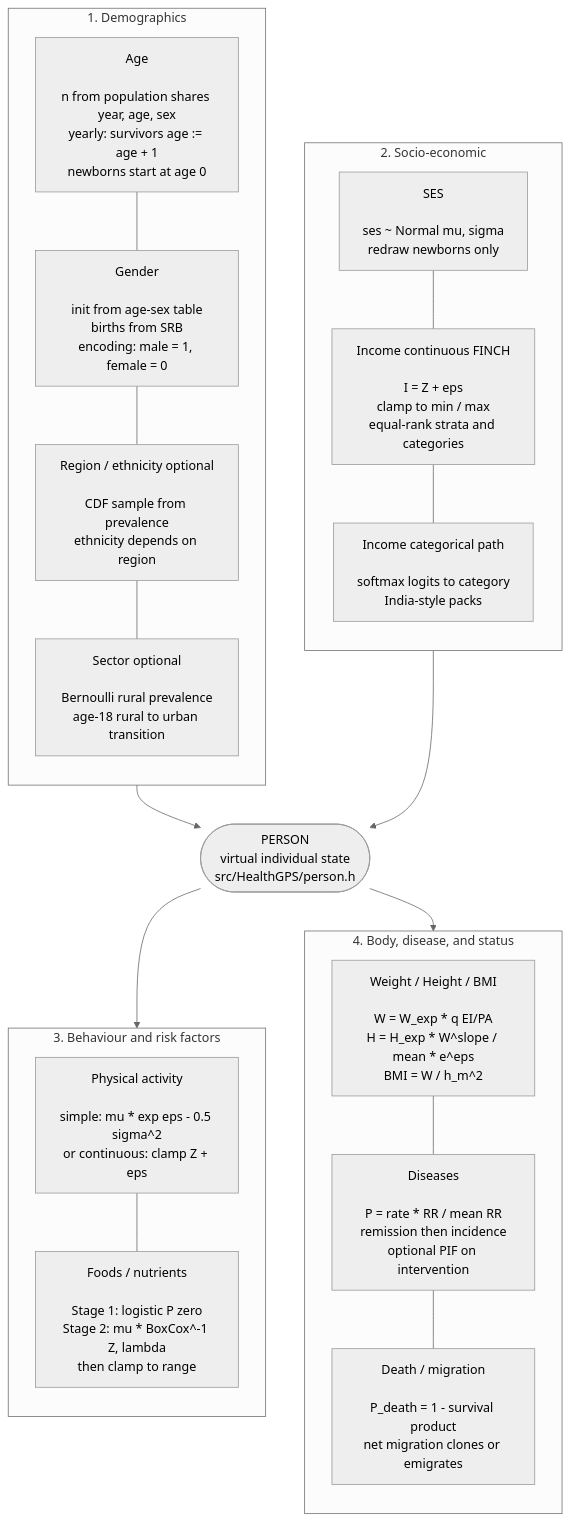
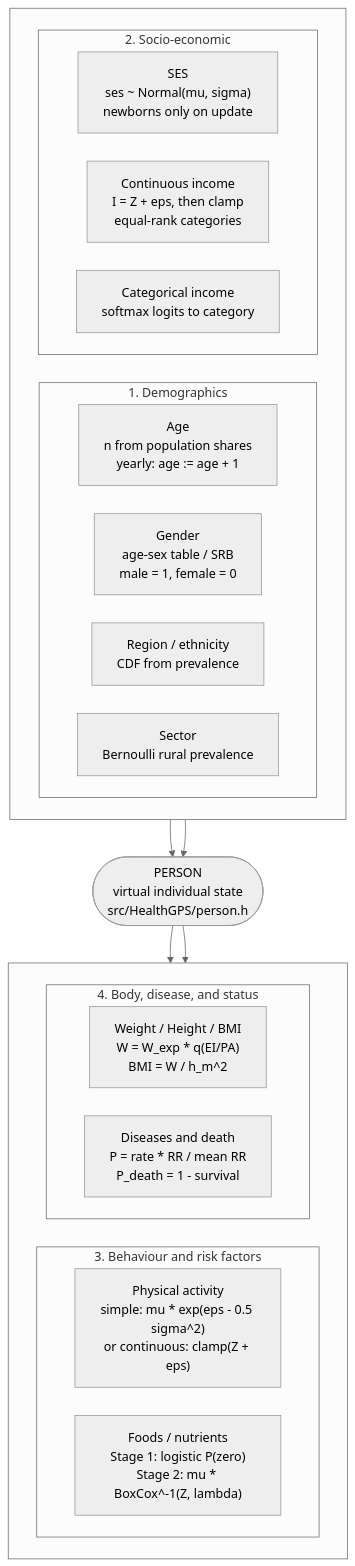
Before and after one commit to imperialCHEPI/healthgps: the first of 2 diagrams in documentation/index.md, drawn with Mermaid (neutral theme). The commit also changed other lines of this file and 4 other files, not shown here.

Commit message:
adding new general workflow diagram

````diff
--- a/documentation/index.md
+++ b/documentation/index.md
@@ -27,45 +27,45 @@
 ```mermaid
+%%{init: {"flowchart": {"nodeSpacing": 36, "rankSpacing": 48, "padding": 16}}}%%
 flowchart TB
-    subgraph TOPLEFT ["1. Demographics"]
-        direction TB
-        AGE["Age<br/><br/>n from population shares year, age, sex<br/>yearly: survivors age := age + 1<br/>newborns start at age 0"]
-        GEN["Gender<br/><br/>init from age-sex table<br/>births from SRB<br/>encoding: male = 1, female = 0"]
-        REG["Region / ethnicity optional<br/><br/>CDF sample from prevalence<br/>ethnicity depends on region"]
-        SEC["Sector optional<br/><br/>Bernoulli rural prevalence<br/>age-18 rural to urban transition"]
-        AGE --- GEN
-        GEN --- REG
-        REG --- SEC
-    end
+    subgraph ROW1 [" "]
+        direction LR
 
-    subgraph TOPRIGHT ["2. Socio-economic"]
-        direction TB
-        SES["SES<br/><br/>ses ~ Normal mu, sigma<br/>redraw newborns only"]
-        INC["Income continuous FINCH<br/><br/>I = Z + eps<br/>clamp to min / max<br/>equal-rank strata and categories"]
-        CAT["Income categorical path<br/><br/>softmax logits to category<br/>India-style packs"]
-        SES --- INC
-        INC --- CAT
+        subgraph DEMO ["1. Demographics"]
+            direction LR
+            AGE["Age<br/>n from population shares<br/>yearly: age := age + 1"]
+            GEN["Gender<br/>age-sex table / SRB<br/>male = 1, female = 0"]
+            REG["Region / ethnicity<br/>CDF from prevalence"]
+            SEC["Sector<br/>Bernoulli rural prevalence"]
+        end
+
+        subgraph SOCIO ["2. Socio-economic"]
+            direction LR
+            SES["SES<br/>ses ~ Normal(mu, sigma)<br/>newborns only on update"]
+            INC["Continuous income<br/>I = Z + eps, then clamp<br/>equal-rank categories"]
+            CAT["Categorical income<br/>softmax logits to category"]
+        end
     end
 
     PERSON(["PERSON<br/>virtual individual state<br/>src/HealthGPS/person.h"])
 
-    subgraph BOTLEFT ["3. Behaviour and risk factors"]
-        direction TB
-        PA["Physical activity<br/><br/>simple: mu * exp eps - 0.5 sigma^2<br/>or continuous: clamp Z + eps"]
-        FOOD["Foods / nutrients<br/><br/>Stage 1: logistic P zero<br/>Stage 2: mu * BoxCox^-1 Z, lambda<br/>then clamp to range"]
-        PA --- FOOD
+    subgraph ROW2 [" "]
+        direction LR
+
+        subgraph RF ["3. Behaviour and risk factors"]
+            direction LR
+            PA["Physical activity<br/>simple: mu * exp(eps - 0.5 sigma^2)<br/>or continuous: clamp(Z + eps)"]
+            FOOD["Foods / nutrients<br/>Stage 1: logistic P(zero)<br/>Stage 2: mu * BoxCox^-1(Z, lambda)"]
+        end
+
+        subgraph BODY ["4. Body, disease, and status"]
+            direction LR
+            WHB["Weight / Height / BMI<br/>W = W_exp * q(EI/PA)<br/>BMI = W / h_m^2"]
+            DIS["Diseases and death<br/>P = rate * RR / mean RR<br/>P_death = 1 - survival"]
+        end
     end
 
-    subgraph BOTRIGHT ["4. Body, disease, and status"]
-        direction TB
-        WHB["Weight / Height / BMI<br/><br/>W = W_exp * q EI/PA<br/>H = H_exp * W^slope / mean * e^eps<br/>BMI = W / h_m^2"]
-        DIS["Diseases<br/><br/>P = rate * RR / mean RR<br/>remission then incidence<br/>optional PIF on intervention"]
-        DEATH["Death / migration<br/><br/>P_death = 1 - survival product<br/>net migration clones or emigrates"]
-        WHB --- DIS
-        DIS --- DEATH
-    end
-
-    TOPLEFT --> PERSON
-    TOPRIGHT --> PERSON
-    PERSON --> BOTLEFT
-    PERSON --> BOTRIGHT
+    DEMO --> PERSON
+    SOCIO --> PERSON
+    PERSON --> RF
+    PERSON --> BODY
 ```
````
